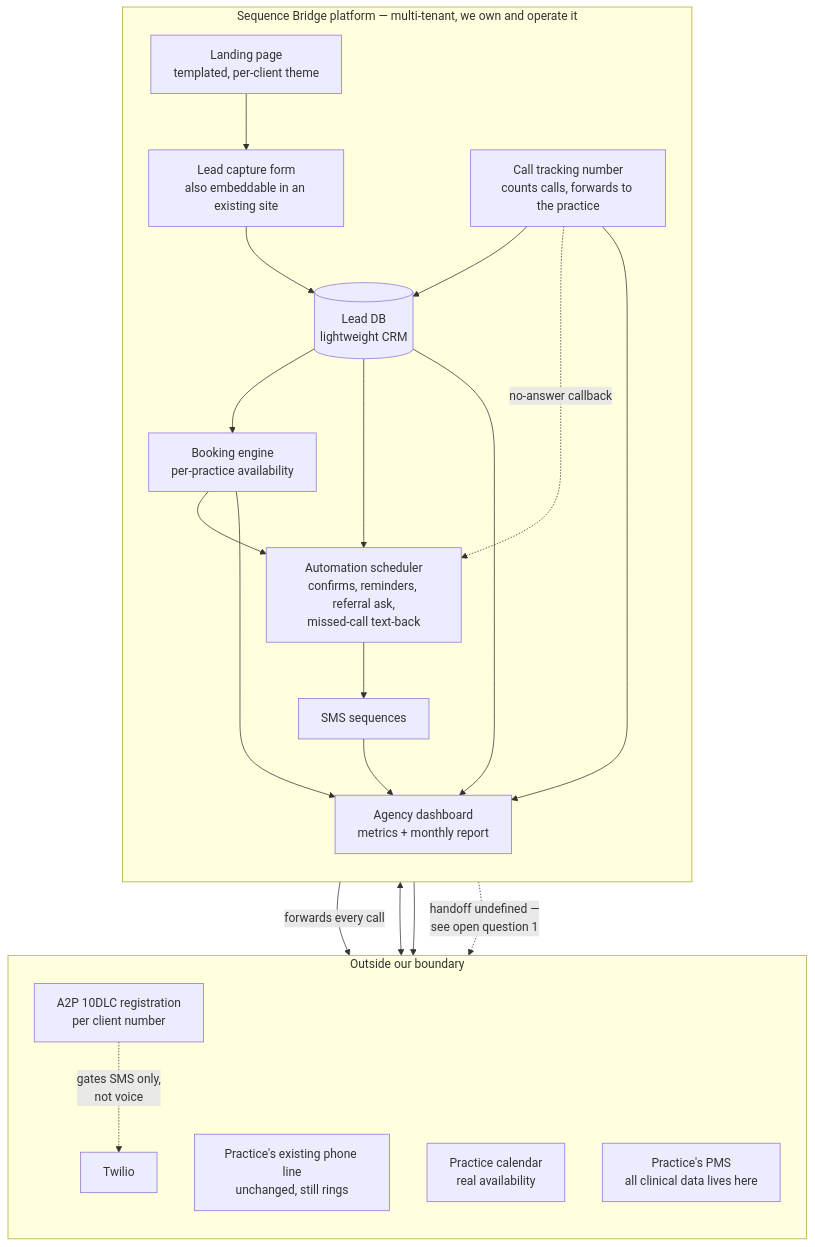
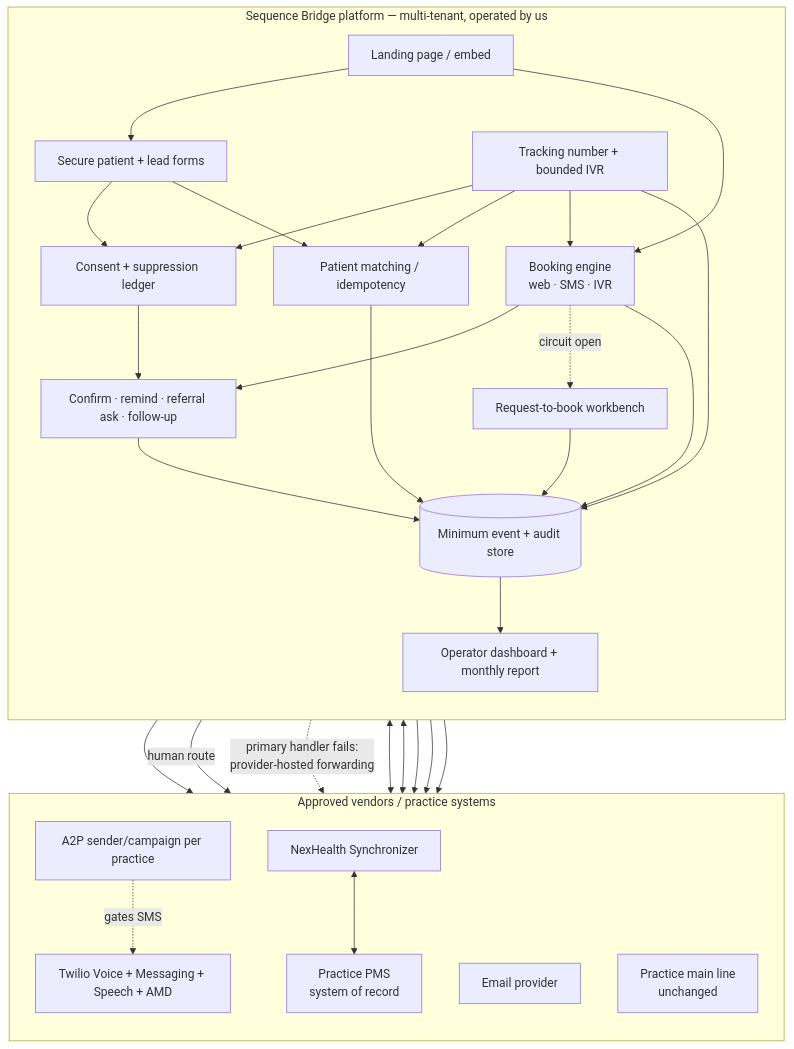
One commit to sequence-bridge/internal changed the second of 3 diagrams in out/flows.md. Above: the diagram before and after it, drawn with Mermaid. The commit also changed other lines of this file and 9 other files, not shown here.

Commit message:
docs: define v1 booking and phone contract

````diff
--- a/out/flows.md
+++ b/out/flows.md
@@ -69,41 +86,53 @@
 ```mermaid
 flowchart TB
-    subgraph platform["Sequence Bridge platform — multi-tenant, we own and operate it"]
+    subgraph platform["Sequence Bridge platform — multi-tenant, operated by us"]
         direction TB
-        LP["Landing page<br/>templated, per-client theme"]
-        FORM["Lead capture form<br/>also embeddable in an existing site"]
-        TRACK["Call tracking number<br/>counts calls, forwards to the practice"]
-        DB[("Lead DB<br/>lightweight CRM")]
-        BOOK["Booking engine<br/>per-practice availability"]
-        AUTO["Automation scheduler<br/>confirms, reminders, referral ask,<br/>missed-call text-back"]
-        SEQ["SMS sequences"]
-        DASH["Agency dashboard<br/>metrics + monthly report"]
+        LP["Landing page / embed"]
+        FORM["Secure patient + lead forms"]
+        TRACK["Tracking number + bounded IVR"]
+        CONSENT["Consent + suppression ledger"]
+        ID["Patient matching / idempotency"]
+        BOOK["Booking engine<br/>web · SMS · IVR"]
+        TASK["Request-to-book workbench"]
+        AUTO["Confirm · remind · referral ask · follow-up"]
+        EVENTS[("Minimum event + audit store")]
+        DASH["Operator dashboard + monthly report"]
     end
 
-    subgraph outside["Outside our boundary"]
+    subgraph vendors["Approved vendors / practice systems"]
         direction TB
-        TWILIO["Twilio"]
-        A2P["A2P 10DLC registration<br/>per client number"]
-        PHONE["Practice's existing phone line<br/>unchanged, still rings"]
-        CAL["Practice calendar<br/>real availability"]
-        PMS["Practice's PMS<br/>all clinical data lives here"]
+        TWILIO["Twilio Voice + Messaging + Speech + AMD"]
+        A2P["A2P sender/campaign per practice"]
+        EMAIL["Email provider"]
+        SYNC["NexHealth Synchronizer"]
+        PMS["Practice PMS<br/>system of record"]
+        PHONE["Practice main line<br/>unchanged"]
     end
 
     LP --> FORM
-    FORM --> DB
-    TRACK --> DB
-    TRACK -->|"forwards every call"| PHONE
-    TRACK -.->|"no-answer callback"| AUTO
-    DB --> BOOK
-    BOOK <--> CAL
-    DB --> AUTO
+    LP --> BOOK
+    FORM --> CONSENT
+    FORM --> ID
+    TRACK --> TWILIO
+    TRACK --> CONSENT
+    TRACK --> ID
+    TRACK --> BOOK
+    TRACK -->|"human route"| PHONE
+    TRACK -.->|"primary handler fails:<br/>provider-hosted forwarding"| PHONE
+    ID <--> SYNC
+    BOOK <--> SYNC
+    SYNC <--> PMS
     BOOK --> AUTO
-    AUTO --> SEQ
-    SEQ --> TWILIO
-    A2P -.->|"gates SMS only,<br/>not voice"| TWILIO
-    DB --> DASH
-    BOOK --> DASH
-    TRACK --> DASH
-    SEQ --> DASH
-    BOOK -.->|"handoff undefined —<br/>see open question 1"| PMS
+    BOOK -.->|"circuit open"| TASK
+    TASK --> TWILIO
+    TASK --> EMAIL
+    CONSENT --> AUTO
+    AUTO --> TWILIO
+    A2P -.->|"gates SMS"| TWILIO
+    ID --> EVENTS
+    BOOK --> EVENTS
+    TRACK --> EVENTS
+    AUTO --> EVENTS
+    TASK --> EVENTS
+    EVENTS --> DASH
 ```
````
